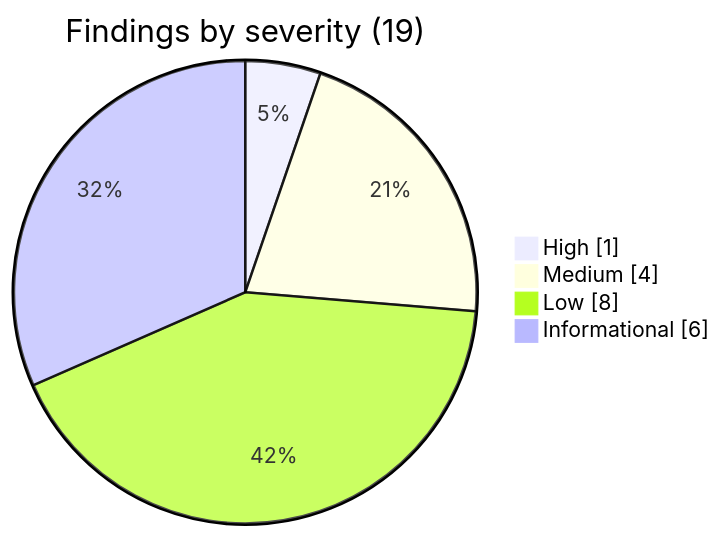
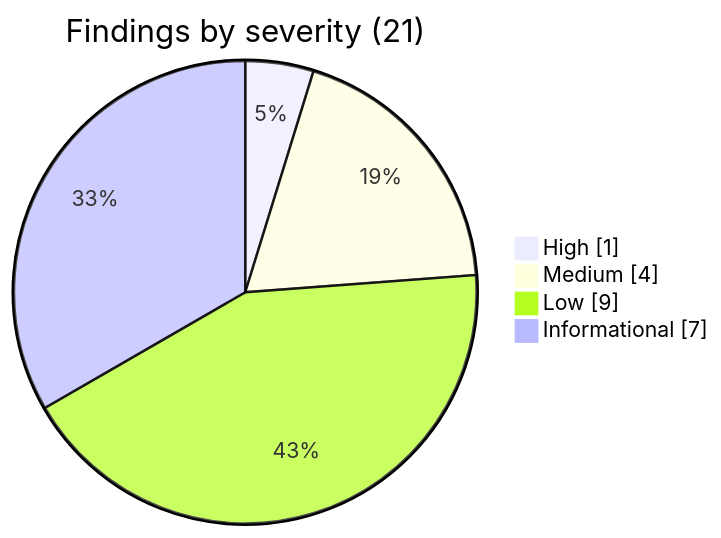
Before and after one commit to 9pgvzkjvn4-cmd/WellnessZ: the first of 3 diagrams in docs/security/Security-Enhancement-Guideline.md, drawn with Mermaid. The commit also changed other lines of this file and 1 other file, not shown here.

First line of the commit message:
Security enhancement guideline: findings F-20, F-21

````diff
--- a/docs/security/Security-Enhancement-Guideline.md
+++ b/docs/security/Security-Enhancement-Guideline.md
@@ -81,8 +81,8 @@
 ```mermaid
 pie showData
-    title Findings by severity (19)
+    title Findings by severity (21)
     "High" : 1
     "Medium" : 4
-    "Low" : 8
-    "Informational" : 6
+    "Low" : 9
+    "Informational" : 7
 ```
````
